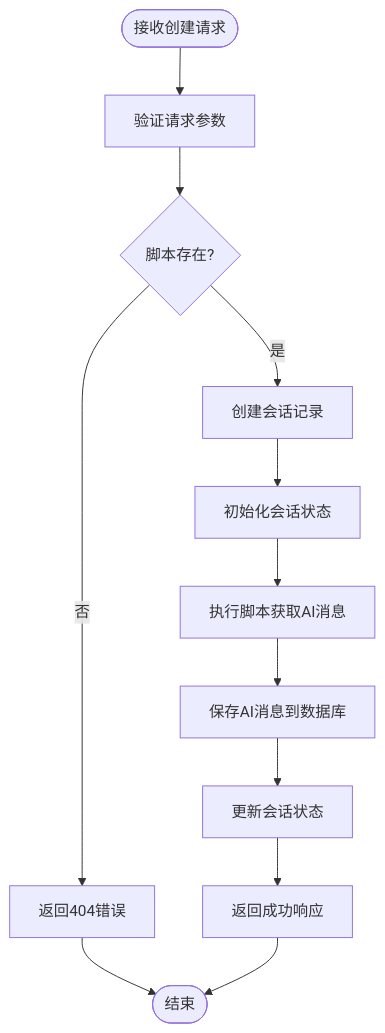
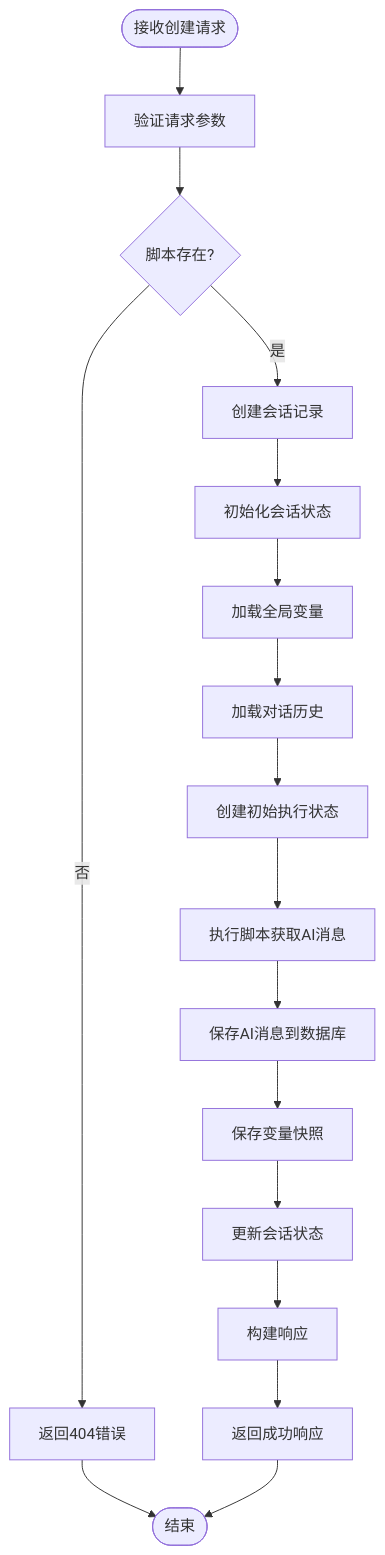
Before and after one commit to EverettCamus/HeartRule-Qoder: the fifth of 9 diagrams in .qoder/repowiki/zh/content/API接口文档/会话管理API.md, drawn with Mermaid. The commit also changed other lines of this file and 31 other files, not shown here.

````diff
--- a/.qoder/repowiki/zh/content/API接口文档/会话管理API.md
+++ b/.qoder/repowiki/zh/content/API接口文档/会话管理API.md
@@ -279,14 +328,19 @@
 ```mermaid
 flowchart TD
 Start([接收创建请求]) --> Validate["验证请求参数"]
 Validate --> ScriptCheck{"脚本存在?"}
 ScriptCheck --> |否| NotFound["返回404错误"]
 ScriptCheck --> |是| CreateSession["创建会话记录"]
 CreateSession --> InitSession["初始化会话状态"]
-InitSession --> ExecuteScript["执行脚本获取AI消息"]
+InitSession --> LoadGlobalVars["加载全局变量"]
+LoadGlobalVars --> LoadHistory["加载对话历史"]
+LoadHistory --> CreateState["创建初始执行状态"]
+CreateState --> ExecuteScript["执行脚本获取AI消息"]
 ExecuteScript --> SaveMessages["保存AI消息到数据库"]
-SaveMessages --> UpdateSession["更新会话状态"]
-UpdateSession --> Success["返回成功响应"]
+SaveMessages --> SaveSnapshots["保存变量快照"]
+SaveSnapshots --> UpdateSession["更新会话状态"]
+UpdateSession --> BuildResponse["构建响应"]
+BuildResponse --> Success["返回成功响应"]
 NotFound --> End([结束])
 Success --> End
 ```
````
